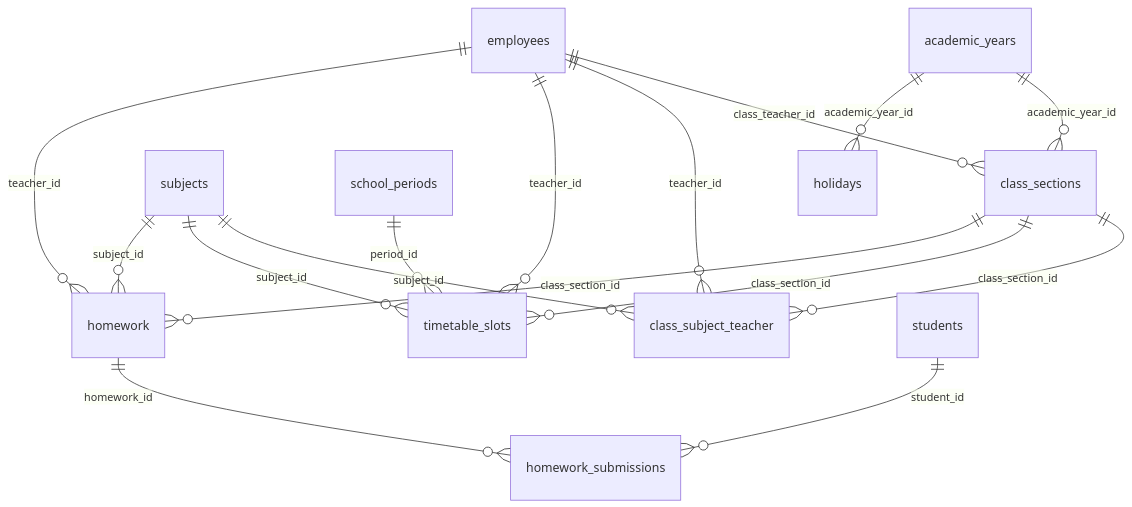
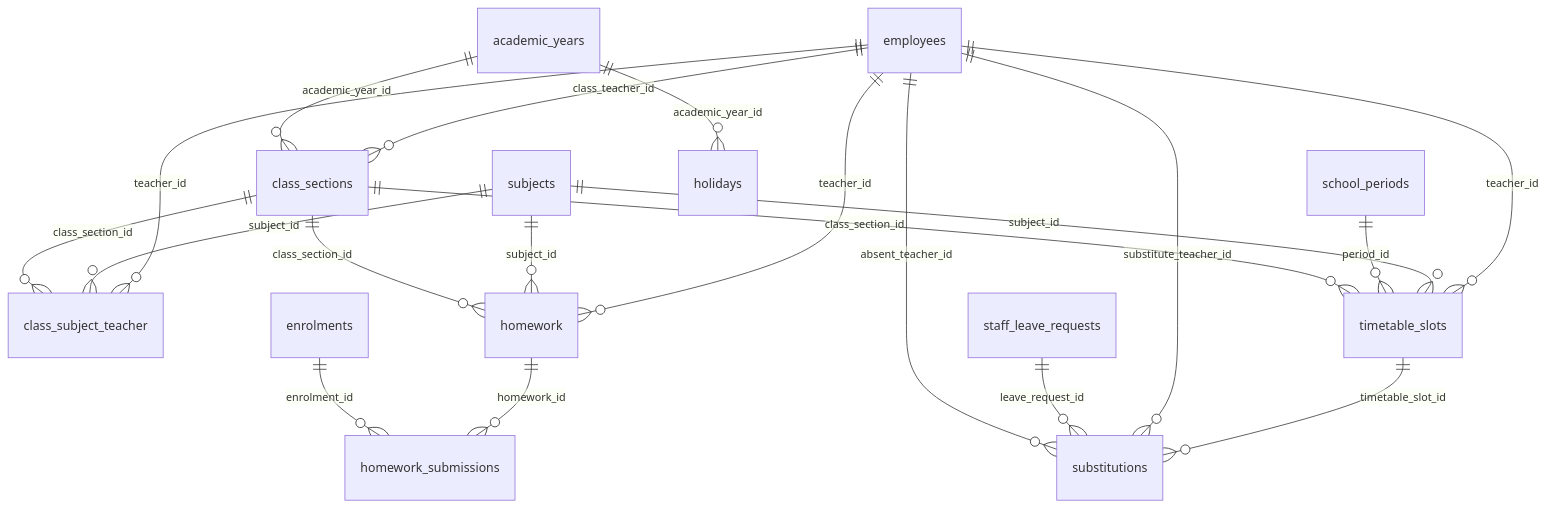
One commit to shivansh2277/School-management-system changed the fourth of 21 diagrams in docs/DATABASE.md. Above: the diagram before and after it, drawn with Mermaid. The commit also changed other lines of this file and 2308 other files, not shown here.

````diff
--- a/docs/DATABASE.md
+++ b/docs/DATABASE.md
@@ -543,18 +550,22 @@
 ```mermaid
 erDiagram
     academic_years ||--o{ class_sections : "academic_year_id"
     employees ||--o{ class_sections : "class_teacher_id"
     class_sections ||--o{ class_subject_teacher : "class_section_id"
     subjects ||--o{ class_subject_teacher : "subject_id"
     employees ||--o{ class_subject_teacher : "teacher_id"
     class_sections ||--o{ timetable_slots : "class_section_id"
     school_periods ||--o{ timetable_slots : "period_id"
     subjects ||--o{ timetable_slots : "subject_id"
     employees ||--o{ timetable_slots : "teacher_id"
+    employees ||--o{ substitutions : "absent_teacher_id"
+    staff_leave_requests ||--o{ substitutions : "leave_request_id"
+    employees ||--o{ substitutions : "substitute_teacher_id"
+    timetable_slots ||--o{ substitutions : "timetable_slot_id"
     academic_years ||--o{ holidays : "academic_year_id"
     class_sections ||--o{ homework : "class_section_id"
     subjects ||--o{ homework : "subject_id"
     employees ||--o{ homework : "teacher_id"
+    enrolments ||--o{ homework_submissions : "enrolment_id"
     homework ||--o{ homework_submissions : "homework_id"
-    students ||--o{ homework_submissions : "student_id"
 ```
````
